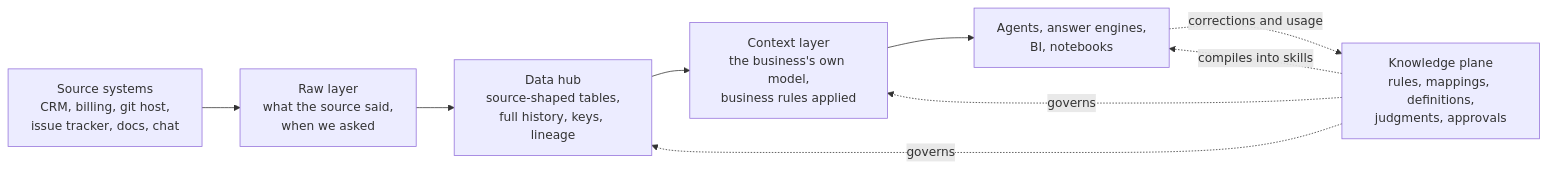
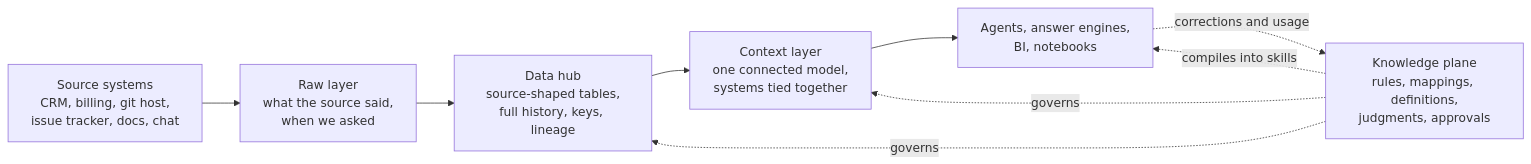
The diagram in VISION.md (fblissjr/freudagent), drawn with Mermaid before and after one commit. The commit also changed other lines of this file and 2 other files, not shown here.

First line of the commit message:
VISION.md: cross-system relationships and capturing tacit rules

````diff
--- a/VISION.md
+++ b/VISION.md
@@ -39,14 +45,14 @@
 ```mermaid
 flowchart LR
   SRC["Source systems<br/>CRM, billing, git host,<br/>issue tracker, docs, chat"]
   RAW["Raw layer<br/>what the source said,<br/>when we asked"]
   HUB["Data hub<br/>source-shaped tables,<br/>full history, keys, lineage"]
-  CTX["Context layer<br/>the business's own model,<br/>business rules applied"]
+  CTX["Context layer<br/>one connected model,<br/>systems tied together"]
   KP["Knowledge plane<br/>rules, mappings, definitions,<br/>judgments, approvals"]
   USE["Agents, answer engines,<br/>BI, notebooks"]
   SRC --> RAW --> HUB --> CTX --> USE
   KP -. governs .-> HUB
   KP -. governs .-> CTX
   KP -. compiles into skills .-> USE
   USE -. corrections and usage .-> KP
 ```
````
